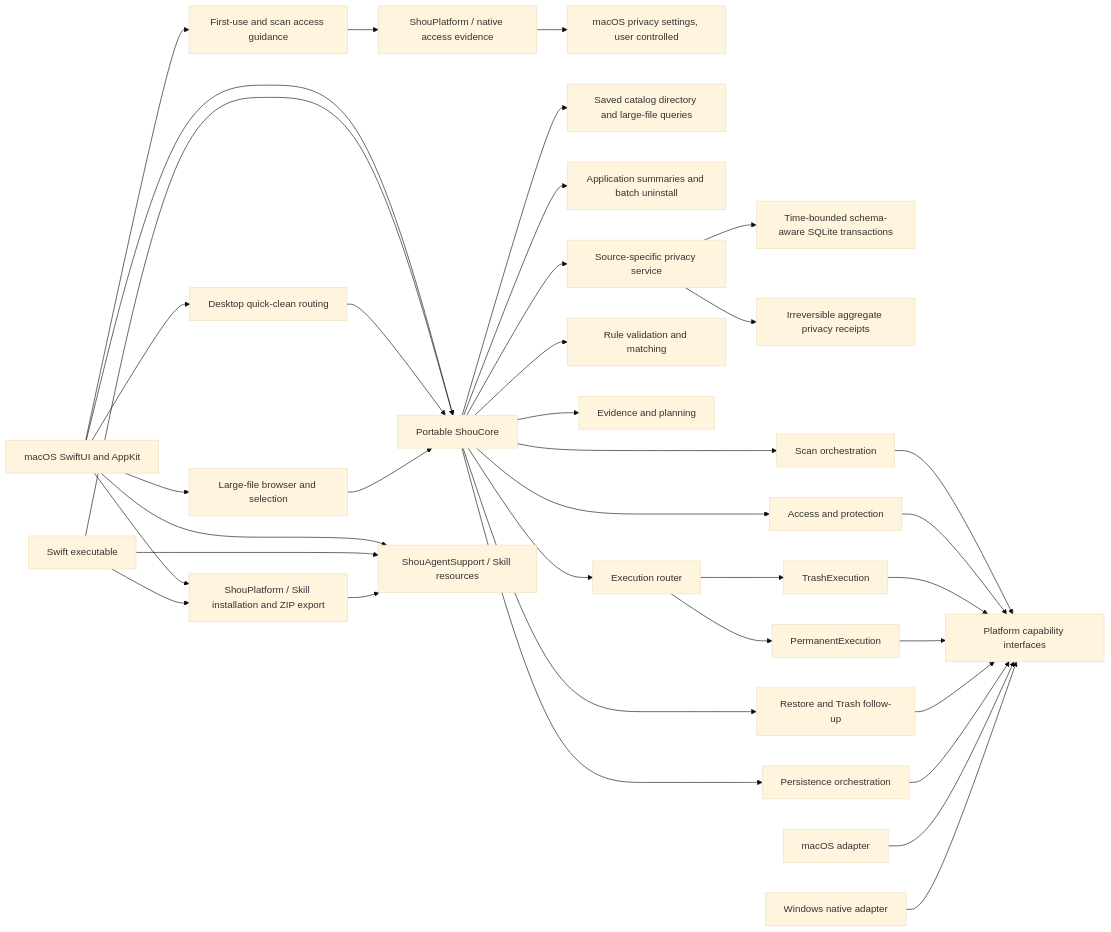
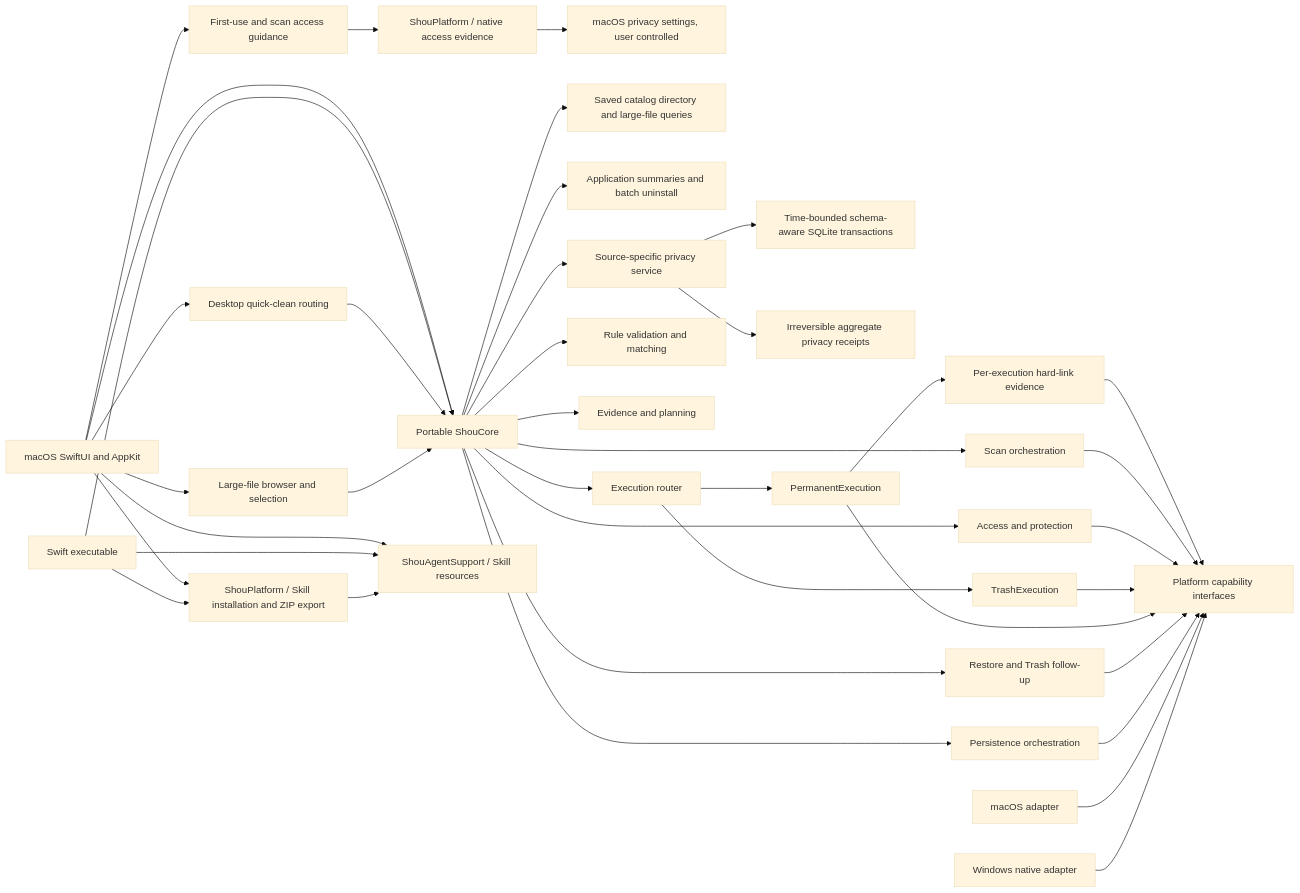
One commit to limecloud/shou changed the second of 7 diagrams in docs/architecture/system-design.md. Above: the diagram before and after it, drawn with Mermaid (base theme). The commit also changed other lines of this file and 103 other files, not shown here.

````diff
--- a/docs/architecture/system-design.md
+++ b/docs/architecture/system-design.md
@@ -46,39 +46,41 @@
 ```mermaid
 flowchart LR
     App[macOS SwiftUI and AppKit] --> Core[Portable ShouCore]
     App --> Setup[First-use and scan access guidance]
     Setup --> Access[ShouPlatform / native access evidence]
     Access --> Privacy[macOS privacy settings, user controlled]
     App --> AgentSupport[ShouAgentSupport / Skill resources]
     CLI --> AgentSupport
     App --> SkillInstall[ShouPlatform / Skill installation and ZIP export]
     CLI --> SkillInstall
     SkillInstall --> AgentSupport
     CLI[Swift executable] --> Core
     App --> Quick[Desktop quick-clean routing]
     Quick --> Core
     App --> LargeFiles[Large-file browser and selection]
     LargeFiles --> Core
     Core --> CatalogQuery[Saved catalog directory and large-file queries]
     Core --> Uninstall[Application summaries and batch uninstall]
     Core --> PrivacyService[Source-specific privacy service]
     PrivacyService --> SQLite[Time-bounded schema-aware SQLite transactions]
     PrivacyService --> PrivacyReceipts[Irreversible aggregate privacy receipts]
     Core --> Rules[Rule validation and matching]
     Core --> Scanner[Scan orchestration]
     Core --> Planner[Evidence and planning]
     Core --> Safety[Access and protection]
     Core --> Router[Execution router]
     Router --> TrashExec[TrashExecution]
     Router --> PurgeExec[PermanentExecution]
+    PurgeExec --> RemovalContext[Per-execution hard-link evidence]
+    RemovalContext --> Interfaces
     Core --> FollowUp[Restore and Trash follow-up]
     Core --> Store[Persistence orchestration]
     Scanner --> Interfaces[Platform capability interfaces]
     Safety --> Interfaces
     TrashExec --> Interfaces
     PurgeExec --> Interfaces
     FollowUp --> Interfaces
     Store --> Interfaces
     Mac[macOS adapter] --> Interfaces
     Win[Windows native adapter] --> Interfaces
 ```
````
